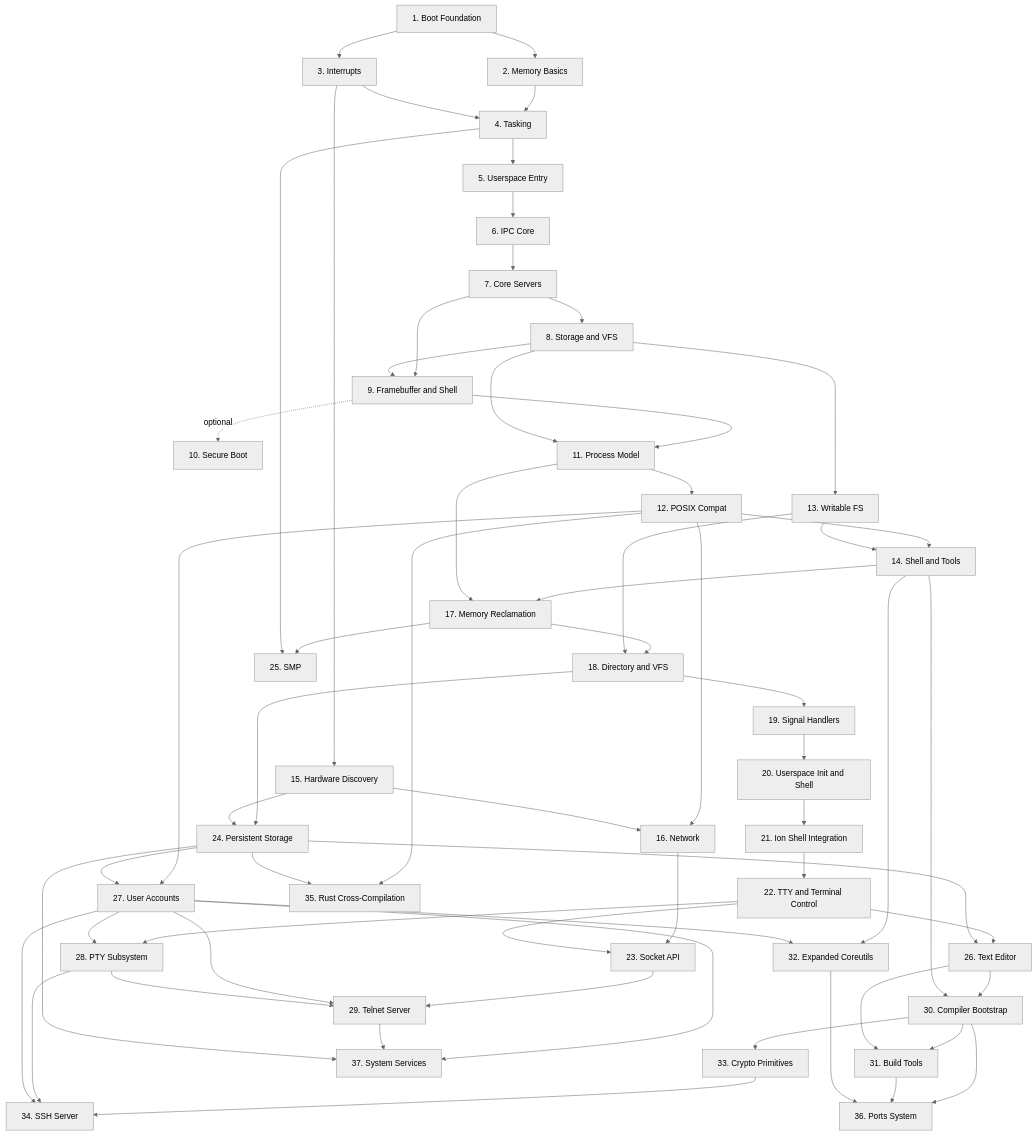
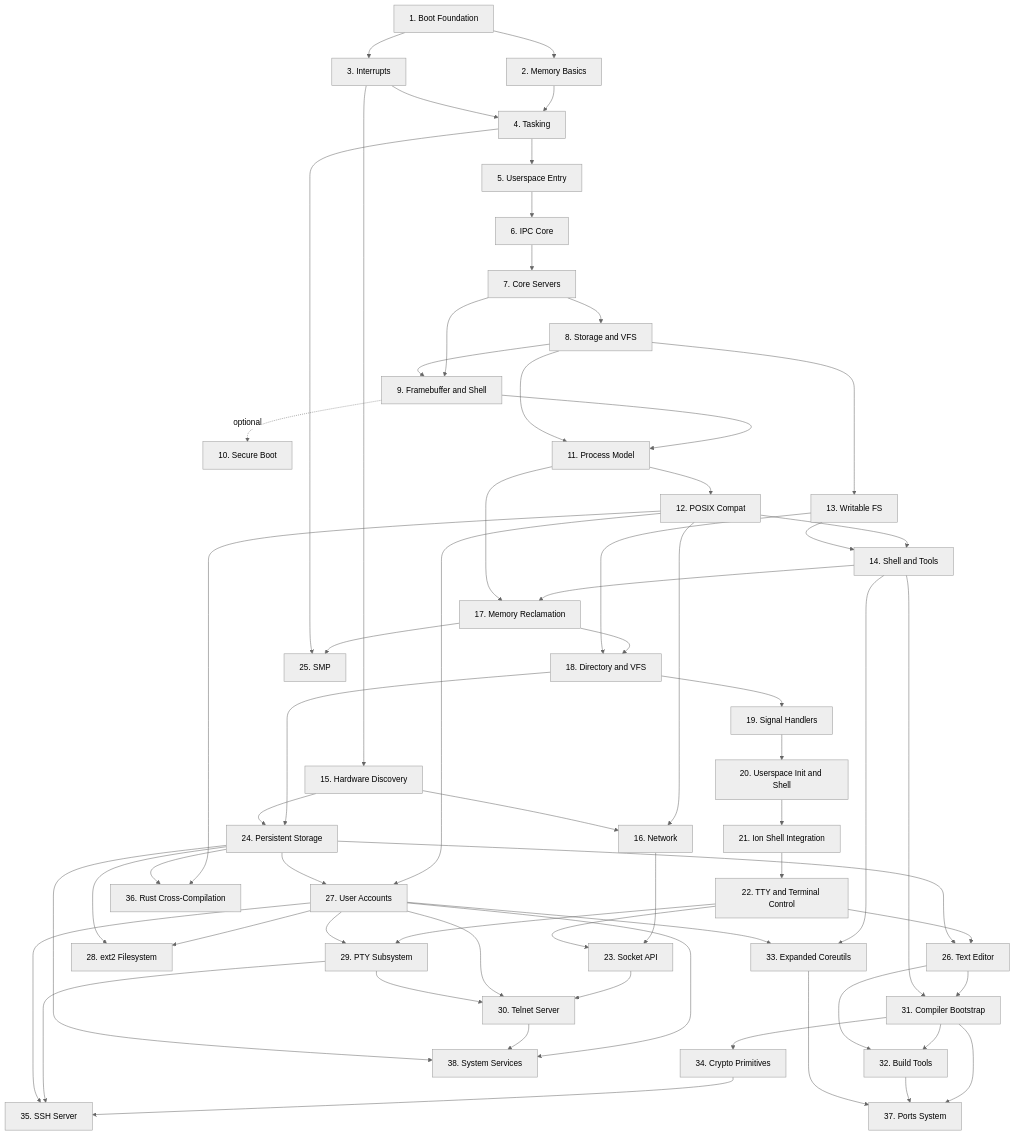
One commit to mikecubed/m3OS changed the diagram in docs/08-roadmap.md. Above: the diagram before and after it, drawn with Mermaid (neutral theme). The commit also changed other lines of this file and 15 other files, not shown here.

````diff
--- a/docs/08-roadmap.md
+++ b/docs/08-roadmap.md
@@ -11,76 +11,78 @@
 ```mermaid
 flowchart TD
     P1["1. Boot Foundation"]
     P2["2. Memory Basics"]
     P3["3. Interrupts"]
     P4["4. Tasking"]
     P5["5. Userspace Entry"]
     P6["6. IPC Core"]
     P7["7. Core Servers"]
     P8["8. Storage and VFS"]
     P9["9. Framebuffer and Shell"]
 
     P1 --> P2
     P1 --> P3
     P2 --> P4
     P3 --> P4
     P4 --> P5
     P5 --> P6
     P6 --> P7
     P7 --> P8
     P7 --> P9
     P8 --> P9
     P9 -.->|optional| P10["10. Secure Boot"]
     P9 --> P11["11. Process Model"]
     P8 --> P11
     P11 --> P12["12. POSIX Compat"]
     P8 --> P13["13. Writable FS"]
     P12 --> P14["14. Shell and Tools"]
     P13 --> P14
     P3 --> P15["15. Hardware Discovery"]
     P12 --> P16["16. Network"]
     P15 --> P16
     P14 --> P17["17. Memory Reclamation"]
     P11 --> P17
     P17 --> P18["18. Directory and VFS"]
     P13 --> P18
     P18 --> P19["19. Signal Handlers"]
     P19 --> P20["20. Userspace Init and Shell"]
     P20 --> P21["21. Ion Shell Integration"]
     P21 --> P22["22. TTY and Terminal Control"]
     P16 --> P23["23. Socket API"]
     P22 --> P23
     P18 --> P24["24. Persistent Storage"]
     P15 --> P24
     P17 --> P25["25. SMP"]
     P4 --> P25
 
     %% Productivity phases
     P22 --> P26["26. Text Editor"]
     P24 --> P26
     P12 --> P27["27. User Accounts"]
     P24 --> P27
-    P22 --> P28["28. PTY Subsystem"]
-    P27 --> P28
-    P23 --> P29["29. Telnet Server"]
+    P27 --> P28["28. ext2 Filesystem"]
+    P24 --> P28
+    P22 --> P29["29. PTY Subsystem"]
     P27 --> P29
-    P28 --> P29
-    P26 --> P30["30. Compiler Bootstrap"]
-    P14 --> P30
-    P30 --> P31["31. Build Tools"]
-    P26 --> P31
-    P14 --> P32["32. Expanded Coreutils"]
-    P27 --> P32
-    P30 --> P33["33. Crypto Primitives"]
-    P33 --> P34["34. SSH Server"]
-    P28 --> P34
-    P27 --> P34
-    P12 --> P35["35. Rust Cross-Compilation"]
-    P24 --> P35
-    P30 --> P36["36. Ports System"]
-    P31 --> P36
-    P32 --> P36
-    P27 --> P37["37. System Services"]
-    P29 --> P37
-    P24 --> P37
+    P23 --> P30["30. Telnet Server"]
+    P27 --> P30
+    P29 --> P30
+    P26 --> P31["31. Compiler Bootstrap"]
+    P14 --> P31
+    P31 --> P32["32. Build Tools"]
+    P26 --> P32
+    P14 --> P33["33. Expanded Coreutils"]
+    P27 --> P33
+    P31 --> P34["34. Crypto Primitives"]
+    P34 --> P35["35. SSH Server"]
+    P29 --> P35
+    P27 --> P35
+    P12 --> P36["36. Rust Cross-Compilation"]
+    P24 --> P36
+    P31 --> P37["37. Ports System"]
+    P32 --> P37
+    P33 --> P37
+    P27 --> P38["38. System Services"]
+    P30 --> P38
+    P24 --> P38
 ```
````
